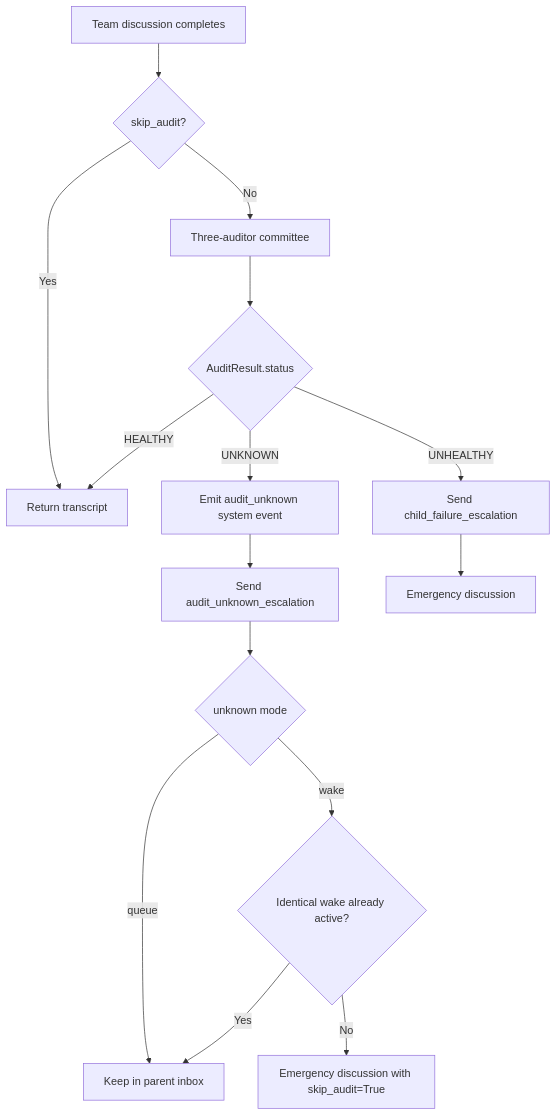
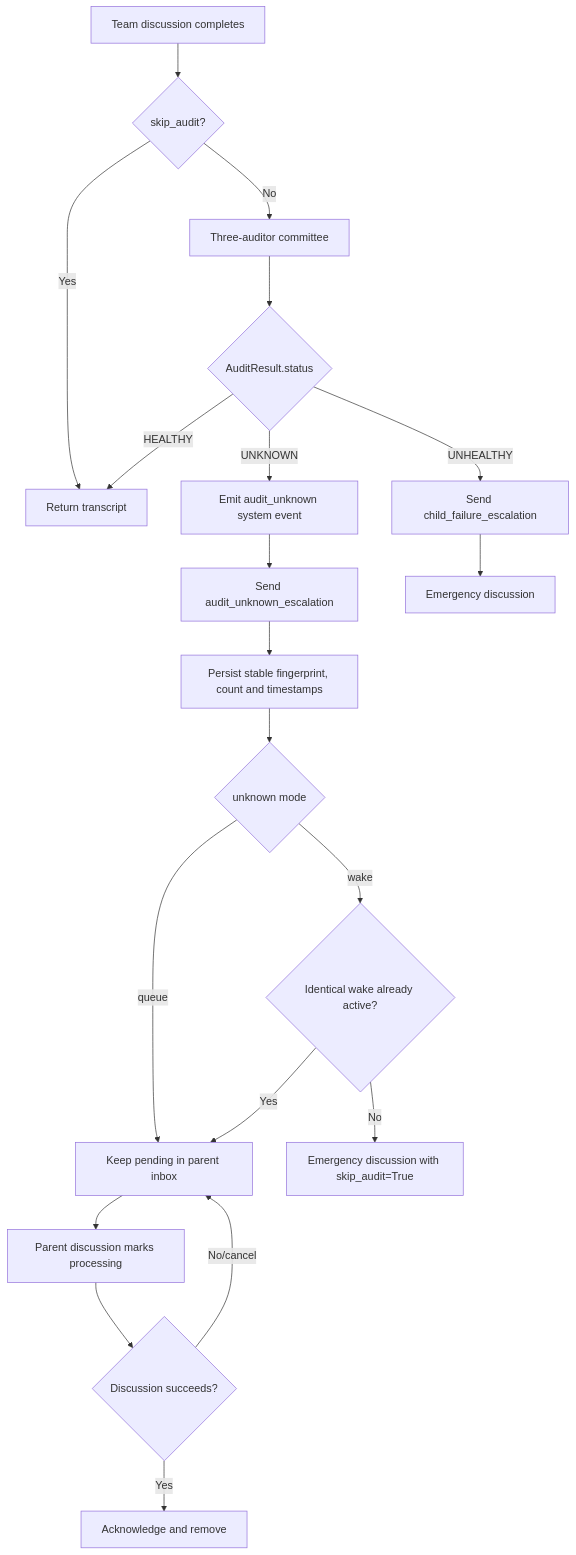
The diagram in docs/flowcharts/Supervision_and_Emergencies.md (AI-Team-Team/AI-Team-Team), drawn with Mermaid before and after one commit. The commit also changed other lines of this file and 42 other files, not shown here.

````diff
--- a/docs/flowcharts/Supervision_and_Emergencies.md
+++ b/docs/flowcharts/Supervision_and_Emergencies.md
@@ -3,17 +3,22 @@
 ```mermaid
 flowchart TD
     Discussion["Team discussion completes"] --> Skip{"skip_audit?"}
     Skip -- "Yes" --> Return["Return transcript"]
     Skip -- "No" --> Committee["Three-auditor committee"]
     Committee --> Result{"AuditResult.status"}
     Result -- "HEALTHY" --> Return
     Result -- "UNHEALTHY" --> Emergency["Send child_failure_escalation"]
     Result -- "UNKNOWN" --> Event["Emit audit_unknown system event"]
     Event --> Unknown["Send audit_unknown_escalation"]
-    Unknown --> Mode{"unknown mode"}
-    Mode -- "queue" --> Inbox["Keep in parent inbox"]
+    Unknown --> Fingerprint["Persist stable fingerprint, count and timestamps"]
+    Fingerprint --> Mode{"unknown mode"}
+    Mode -- "queue" --> Inbox["Keep pending in parent inbox"]
     Mode -- "wake" --> Dedupe{"Identical wake already active?"}
     Dedupe -- "Yes" --> Inbox
     Dedupe -- "No" --> Wake["Emergency discussion with skip_audit=True"]
     Emergency --> WakeNormal["Emergency discussion"]
+    Inbox --> Processing["Parent discussion marks processing"]
+    Processing --> Success{"Discussion succeeds?"}
+    Success -- "Yes" --> Ack["Acknowledge and remove"]
+    Success -- "No/cancel" --> Inbox
 ```
````
